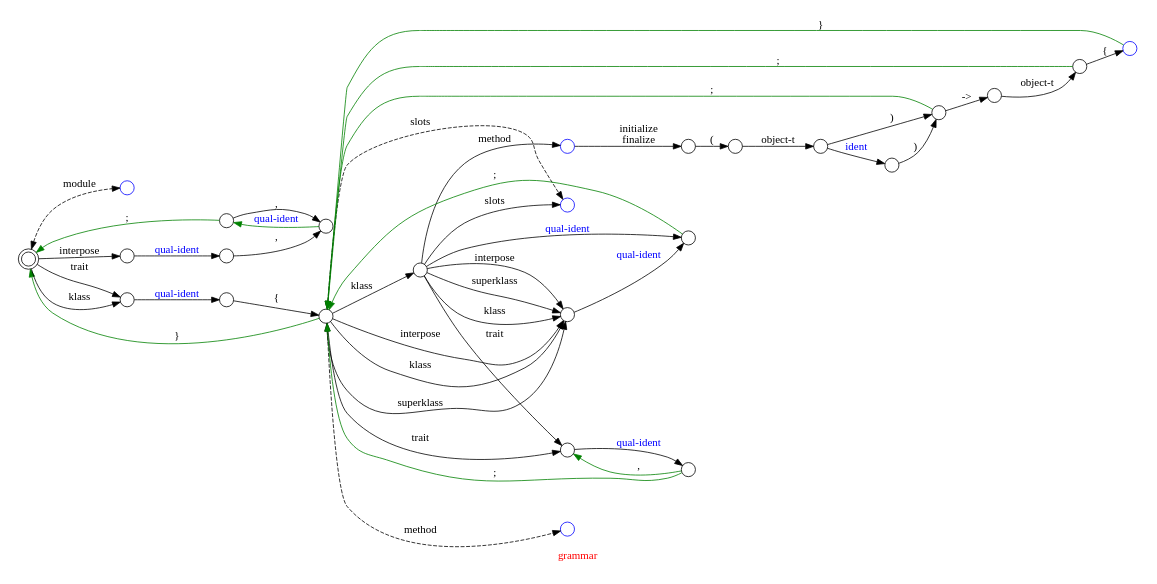
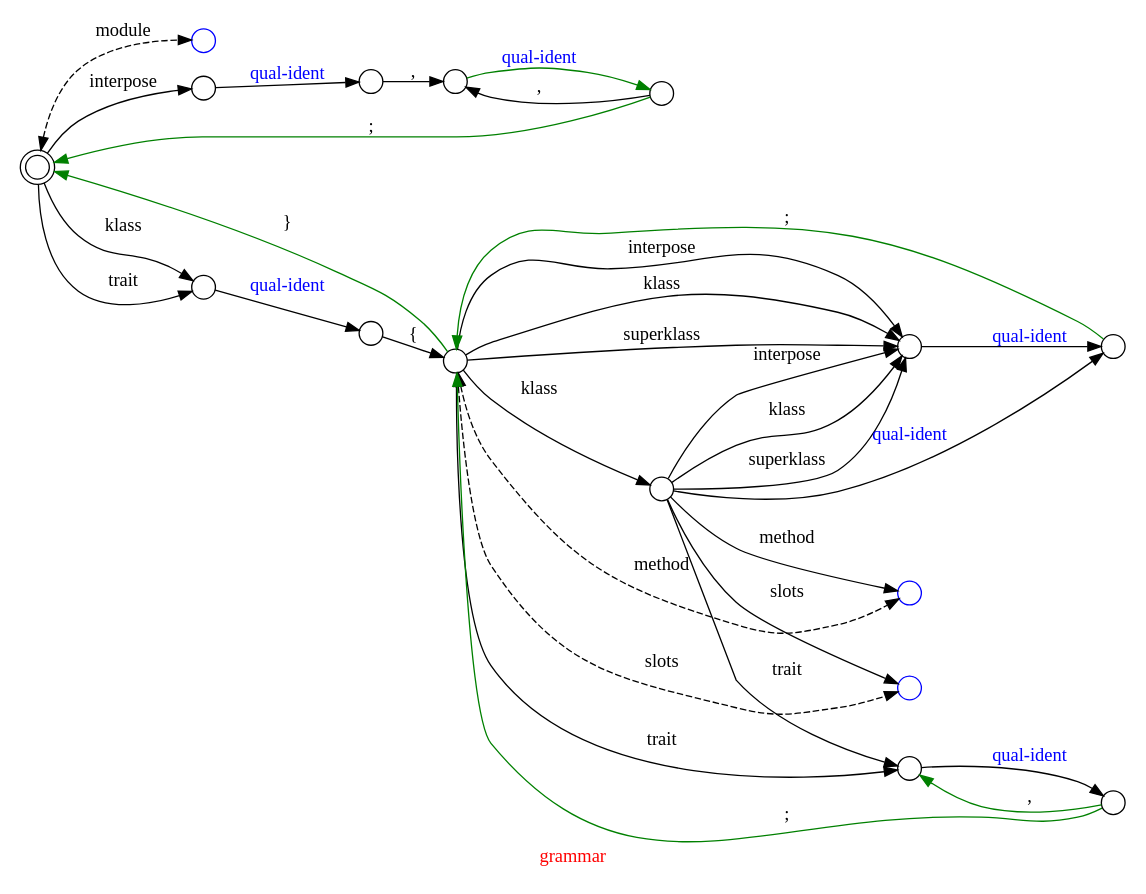
The diagram in doc/grammar.dot (Ayyzee/dakota), drawn with Graphviz before and after one commit.

Commit message:
Semi-major rework of top-level grammar doc (doc/grammar.dot).

```diff
--- a/doc/grammar.dot
+++ b/doc/grammar.dot
@@ -1,81 +1,60 @@
 // Copyright (C) 2007, 2008, 2009 Robert Nielsen <robert@dakota.org>
 //
 // Licensed under the Apache License, Version 2.0 (the "License");
 // you may not use this file except in compliance with the License.
 // You may obtain a copy of the License at
 //
 //      http://www.apache.org/licenses/LICENSE-2.0
 //
 // Unless required by applicable law or agreed to in writing, software
 // distributed under the License is distributed on an "AS IS" BASIS,
 // WITHOUT WARRANTIES OR CONDITIONS OF ANY KIND, either express or implied.
 // See the License for the specific language governing permissions and
 // limitations under the License.
 
 digraph "grammar"
 {
   graph [ label = "\G", fontcolor = red ];
   graph [ rankdir = LR, center = true ];
   graph [ page = "8.5,11", size = "7.5,10", margin = 0.125 ];
   node [ label = "", width = 0.25 ];
 
   node [ shape = circle ];
 
-  "dakota" [ label = "", shape = doublecircle, fontcolor = blue ];
+  000 [ shape = doublecircle, fontcolor = blue ];
   100 [ color = blue ];
-  163 [ color = blue ];
-  168 [ color = blue ];
-  470 [ color = blue ];
-  490 [ color = blue ];
+  178 [ color = blue ];
+  174 [ color = blue ];
 
-  "dakota" -> 100 [ label = "module", dir = both, style = dashed ];
-  "dakota" -> 140 [ label = ";", dir = back, color = green ];
-  "dakota" -> 160 [ label = "}", dir = back, color = green ];
-
-  "dakota" -> 133 [ label = "interpose" ];
-  "dakota" -> 150 [ label = "klass" ];
-  "dakota" -> 150 [ label = "trait" ];
+  000 -> 100 [ label = "module", dir = both, style = dashed ];
+  000 -> 133 [ label = "interpose" ];
+  000 -> 150 [ label = "klass" ];
+  000 -> 150 [ label = "trait" ];
   133 -> 137 [ label = "qual-ident", fontcolor = blue ];
   137 -> 138 [ label = "," ];
   138 -> 140 [ label = "qual-ident", fontcolor = blue, color = green ];
+  140 -> 000 [ label = ";", color = green ];
   140 -> 138 [ label = "," ];
   150 -> 155 [ label = "qual-ident", fontcolor = blue ];
   155 -> 160 [ label = "{" ];
-  160 -> 163 [ label = "slots", dir = both, style = dashed ];
-  171 -> 163 [ label = "slots" ];
-  171 -> 170 [ label = "interpose" ];
-  171 -> 170 [ label = "superklass" ];
-  171 -> 170 [ label = "klass" ];
-  160 -> 168 [ label = "method", dir = both, style = dashed ];
-  160 -> 170 [ label = "superklass" ];
-  160 -> 171 [ label = "klass" ];
+  160 -> 000 [ label = "}", color = green ];
+  160 -> 178 [ label = "slots", dir = both, style = dashed ];
+  160 -> 174 [ label = "method", dir = both, style = dashed ];
   160 -> 170 [ label = "interpose" ];
   160 -> 170 [ label = "klass" ];
+  160 -> 170 [ label = "superklass" ];
+  160 -> 165 [ label = "klass" ];
   160 -> 270 [ label = "trait" ];
-  171 -> 270 [ label = "trait" ];
   170 -> 180 [ label = "qual-ident", fontcolor = blue ];
-  171 -> 490 [ label = "method" ];
-  171 -> 180 [ label = "qual-ident", fontcolor = blue ];
+  165 -> 178 [ label = "slots" ];
+  165 -> 174 [ label = "method" ];
+  165 -> 170 [ label = "interpose" ];
+  165 -> 170 [ label = "klass" ];
+  165 -> 170 [ label = "superklass" ];
+  165 -> 180 [ label = "qual-ident", fontcolor = blue ];
+  165 -> 270 [ label = "trait" ];
+  180 -> 160 [ label = ";", color = green ];
   270 -> 280 [ label = "qual-ident", fontcolor = blue ];
-  460 -> 462 [ label = "->" ];
-  462 -> 464 [ label = "object-t" ];
-  464 -> 160 [ label = ";", color = green ];
-  464 -> 470 [ label = "{" ];
-
-  490 -> 500 [ label = "initialize\nfinalize" ];
-  500 -> 510 [ label = "(" ];
-  510 -> 520 [ label = "object-t" ];
-  520 -> 530 [ label = "ident", fontcolor = blue ];
-  520 -> 460 [ label = ")" ];
-  530 -> 460 [ label = ")" ];
-
-  470 -> 160 [ label = "}", color = green ];
-
-  180 -> 160 [ label = ";", color = green ];
   280 -> 160 [ label = ";", color = green ];
-  460 -> 160 [ label = ";", color = green ];
-
   280 -> 270 [ label = ",", color = green ];
-
-  subgraph { graph [ rank = same ]; 168; 490; }
 }
```
